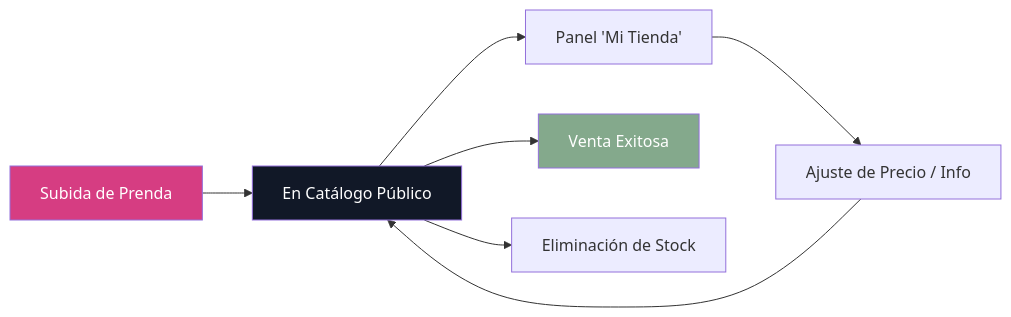
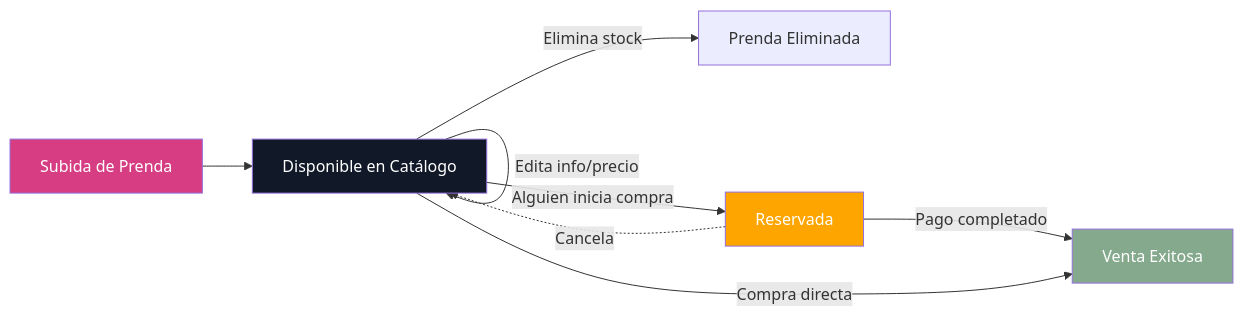
The second of 2 diagrams in README.md (Rouchant/Reviste), drawn with Mermaid before and after one commit. The commit also changed other lines of this file and 9 other files, not shown here.

````diff
--- a/README.md
+++ b/README.md
@@ -60,13 +70,20 @@
 ```mermaid
 graph LR
-    Subida[Subida de Prenda] --> Publicada[En Catálogo Público]
-    Publicada --> Gestion[Panel 'Mi Tienda']
-    Gestion --> Edicion[Ajuste de Precio / Info]
-    Edicion --> Publicada
-    Publicada --> Vendida[Venta Exitosa]
-    Publicada --> Borrada[Eliminación de Stock]
+    Subida[Subida de Prenda] --> Disponible[Disponible en Catálogo]
+    
+    %% Acciones del Vendedor en 'Mi Tienda'
+    Disponible -->|Edita info/precio| Disponible
+    Disponible -->|Elimina stock| Borrada[Prenda Eliminada]
+    
+    %% Flujo de Compra
+    Disponible -->|Alguien inicia compra| Reservada[Reservada]
+    Reservada -.->|Cancela| Disponible
+    
+    Reservada -->|Pago completado| Vendida[Venta Exitosa]
+    Disponible -->|Compra directa| Vendida
     
     style Subida fill:#D63D82,color:#fff
     style Vendida fill:#84A98C,color:#fff
-    style Publicada fill:#111827,color:#fff
+    style Disponible fill:#111827,color:#fff
+    style Reservada fill:#ffa500,color:#fff
 ```
````
